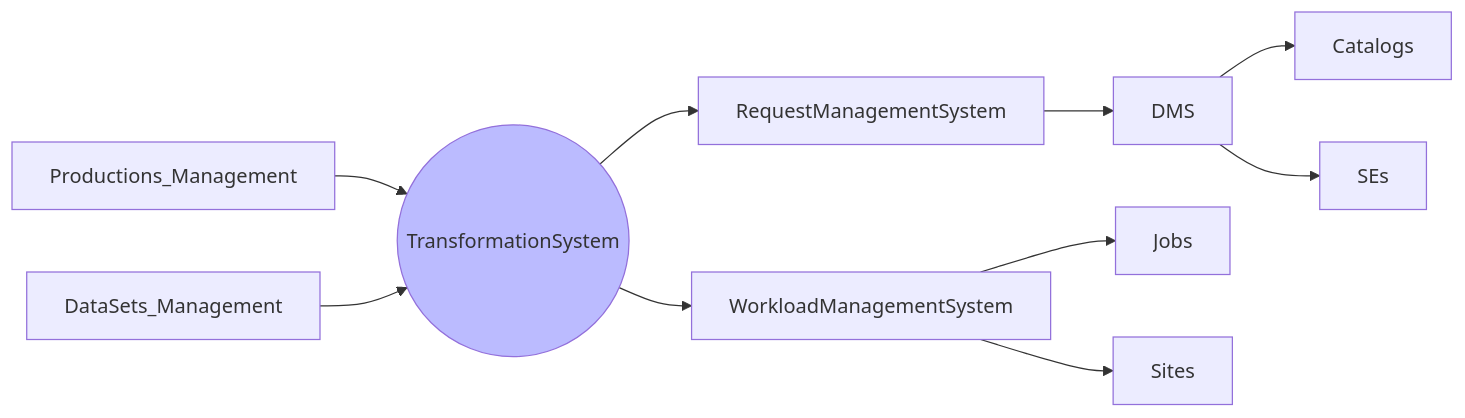
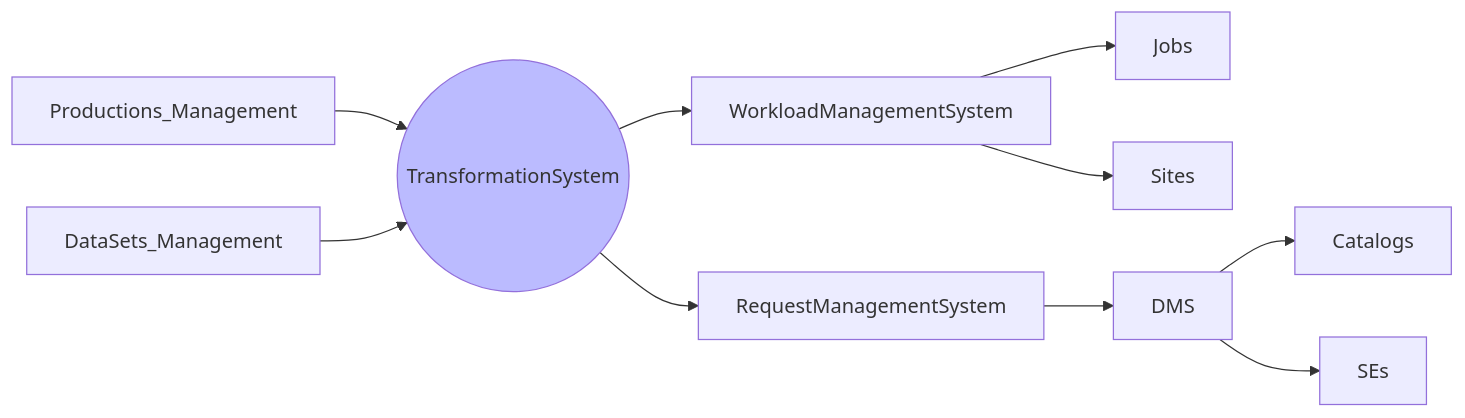
One commit to fstagni/Presentations changed the third of 5 diagrams in slides.md. Above: the diagram before and after it, drawn with Mermaid. The commit also changed other lines of this file and 10 other files, not shown here.

````diff
--- a/slides.md
+++ b/slides.md
@@ -159,14 +172,14 @@
 ```mermaid
 flowchart LR;
 TransformationSystem((TransformationSystem))
     Productions_Management-->TransformationSystem;
     DataSets_Management-->TransformationSystem;
+    TransformationSystem-->WorkloadManagementSystem;
+    WorkloadManagementSystem-->Jobs;
+    WorkloadManagementSystem-->Sites;
     TransformationSystem-->RequestManagementSystem;
     RequestManagementSystem-->DMS;
     DMS-->Catalogs;
     DMS-->SEs;
-    TransformationSystem-->WorkloadManagementSystem;
-    WorkloadManagementSystem-->Jobs;
-    WorkloadManagementSystem-->Sites;
     style TransformationSystem fill:#bbf
 ```
````
